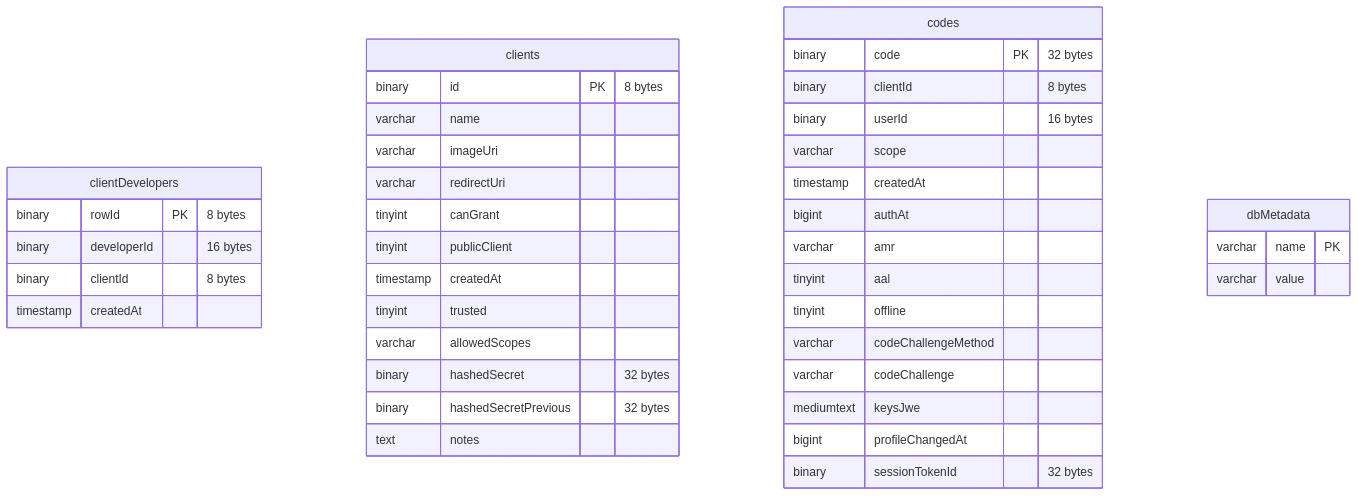
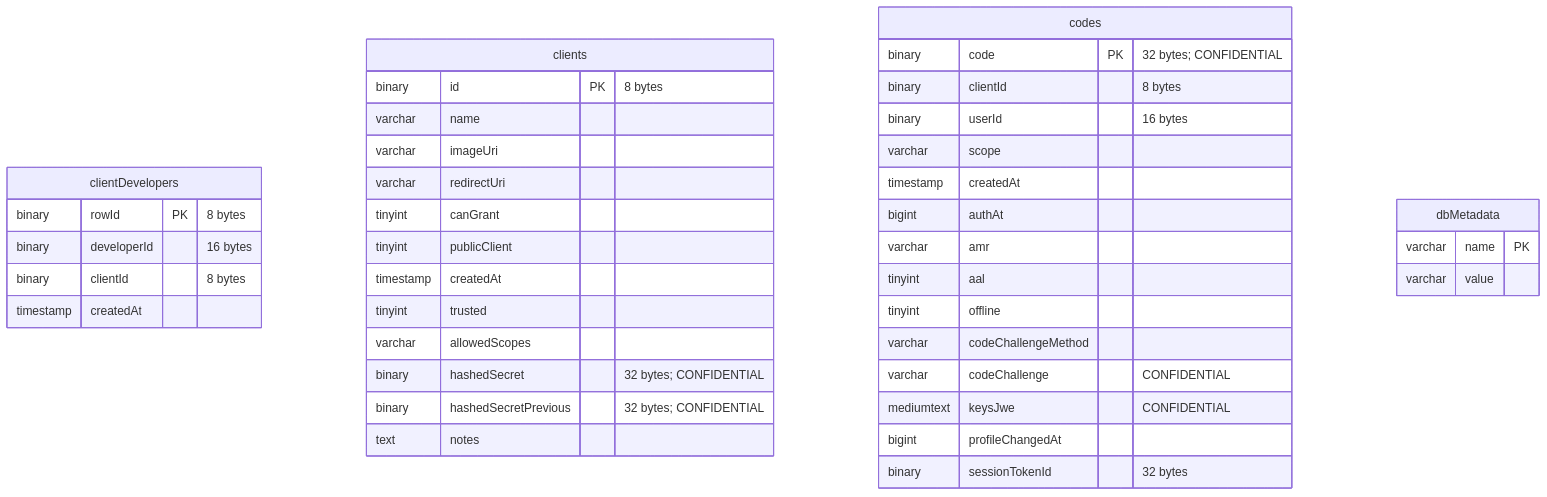
One commit to mozilla/ecosystem-platform changed the eighth of 10 diagrams in docs/reference/database-structure.md. Above: the diagram before and after it, drawn with Mermaid. The commit also changed other lines of this file, not shown here.

````diff
--- a/docs/reference/database-structure.md
+++ b/docs/reference/database-structure.md
@@ -253,43 +253,43 @@
 ```mermaid
 erDiagram
     clientDevelopers {
         binary rowId PK "8 bytes"
         binary developerId "16 bytes"
         binary clientId "8 bytes"
         timestamp createdAt
     }
     clients {
         binary id PK "8 bytes"
         varchar name
         varchar imageUri
         varchar redirectUri
         tinyint canGrant
         tinyint publicClient
         timestamp createdAt
         tinyint trusted
         varchar allowedScopes
-        binary hashedSecret "32 bytes"
-        binary hashedSecretPrevious "32 bytes"
+        binary hashedSecret "32 bytes; CONFIDENTIAL"
+        binary hashedSecretPrevious "32 bytes; CONFIDENTIAL"
         text notes
     }
     codes {
-        binary code PK "32 bytes"
+        binary code PK "32 bytes; CONFIDENTIAL"
         binary clientId "8 bytes"
         binary userId "16 bytes"
         varchar scope
         timestamp createdAt
         bigint authAt
         varchar amr
         tinyint aal
         tinyint offline
         varchar codeChallengeMethod
-        varchar codeChallenge
-        mediumtext keysJwe
+        varchar codeChallenge "CONFIDENTIAL"
+        mediumtext keysJwe "CONFIDENTIAL"
         bigint profileChangedAt
         binary sessionTokenId "32 bytes"
     }
     dbMetadata {
         varchar name PK
         varchar value
     }
 ```
````
